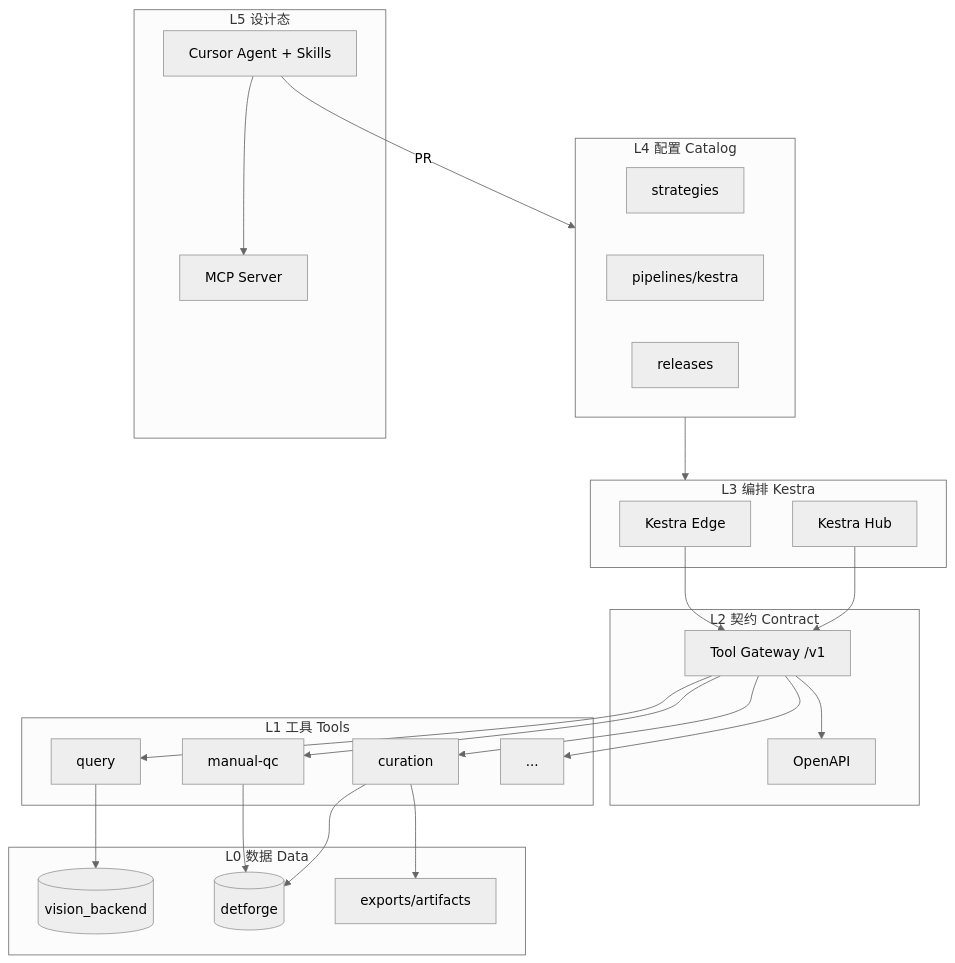
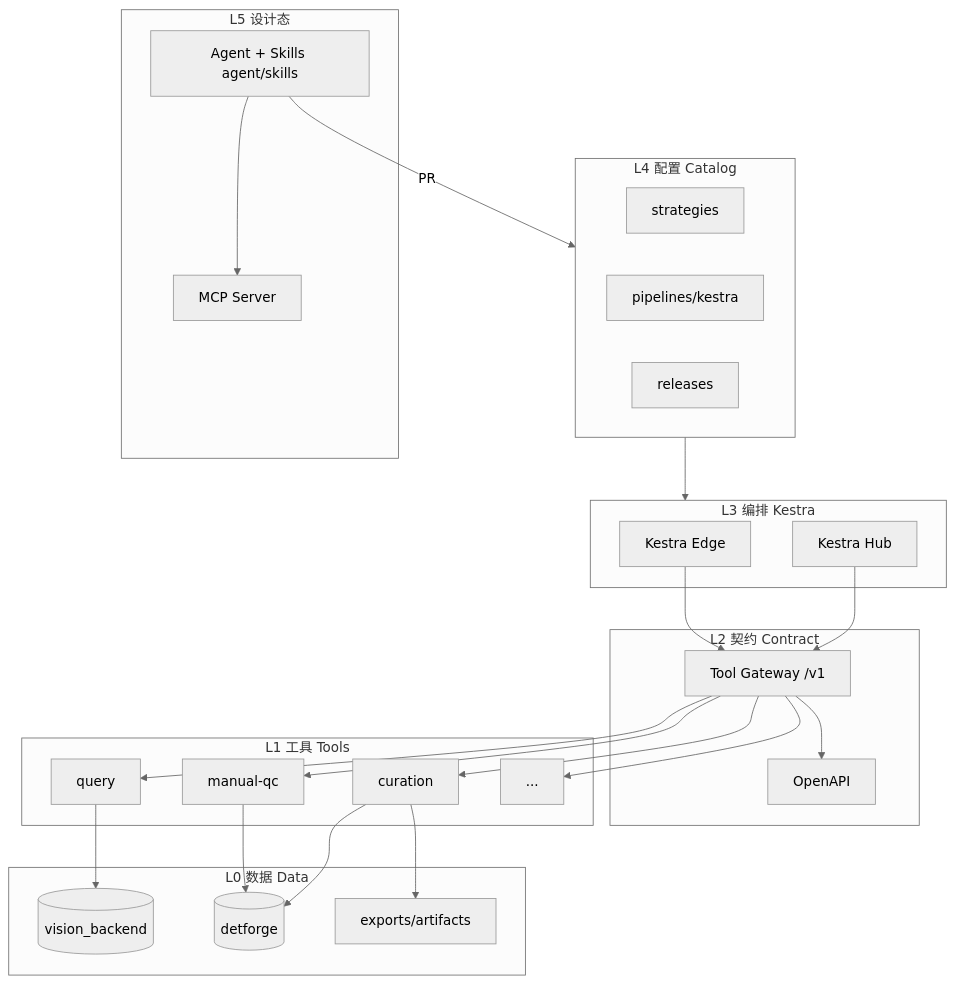
One commit to algo-boost/DetForge-Studio changed the third of 13 diagrams in docs/ARCHITECTURE_DIAGRAMS.md. Above: the diagram before and after it, drawn with Mermaid (neutral theme). The commit also changed other lines of this file and 332 other files, not shown here.

````diff
--- a/docs/ARCHITECTURE_DIAGRAMS.md
+++ b/docs/ARCHITECTURE_DIAGRAMS.md
@@ -97,47 +97,47 @@
 ```mermaid
 flowchart TB
   subgraph L5 [L5 设计态]
-    Agent[Cursor Agent + Skills]
+    AgentNode[Agent + Skills agent/skills]
     MCP[MCP Server]
   end
 
   subgraph L4 [L4 配置 Catalog]
     Strat[strategies]
     Pipe[pipelines/kestra]
     Rel[releases]
   end
 
   subgraph L3 [L3 编排 Kestra]
     K_E[Kestra Edge]
     K_H[Kestra Hub]
   end
 
   subgraph L2 [L2 契约 Contract]
     GW[Tool Gateway /v1]
     OAS[OpenAPI]
   end
 
   subgraph L1 [L1 工具 Tools]
     T1[query]
     T2[manual-qc]
     T3[curation]
     TN[...]
   end
 
   subgraph L0 [L0 数据 Data]
     VB[(vision_backend)]
     DF[(detforge)]
     FS[exports/artifacts]
   end
 
-  Agent --> MCP
-  Agent -->|PR| L4
+  AgentNode --> MCP
+  AgentNode -->|PR| L4
   L4 --> L3
   K_E --> GW
   K_H --> GW
   GW --> OAS
   GW --> T1 & T2 & T3 & TN
   T1 --> VB
   T2 & T3 --> DF
   T3 --> FS
 ```
````
